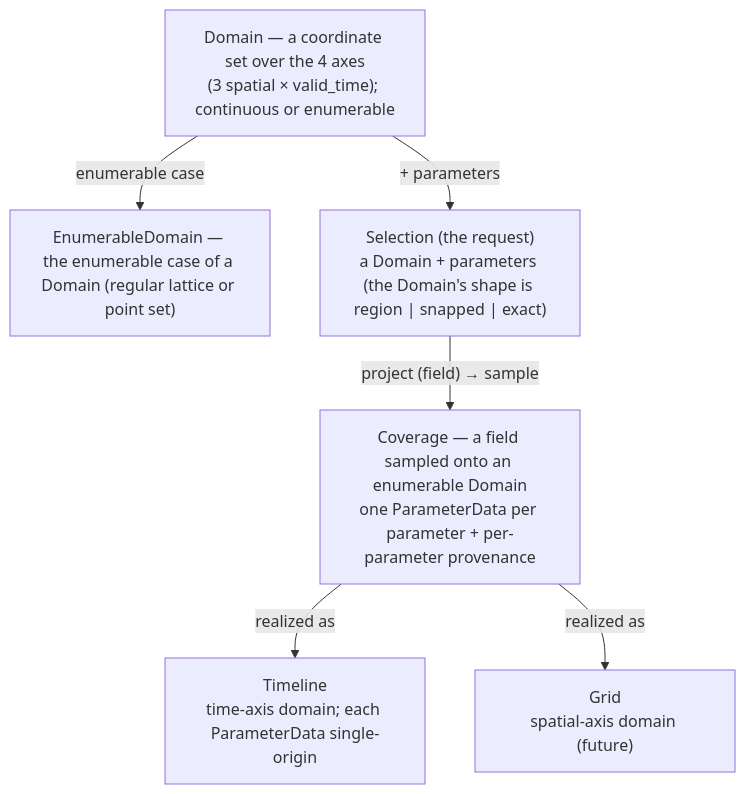
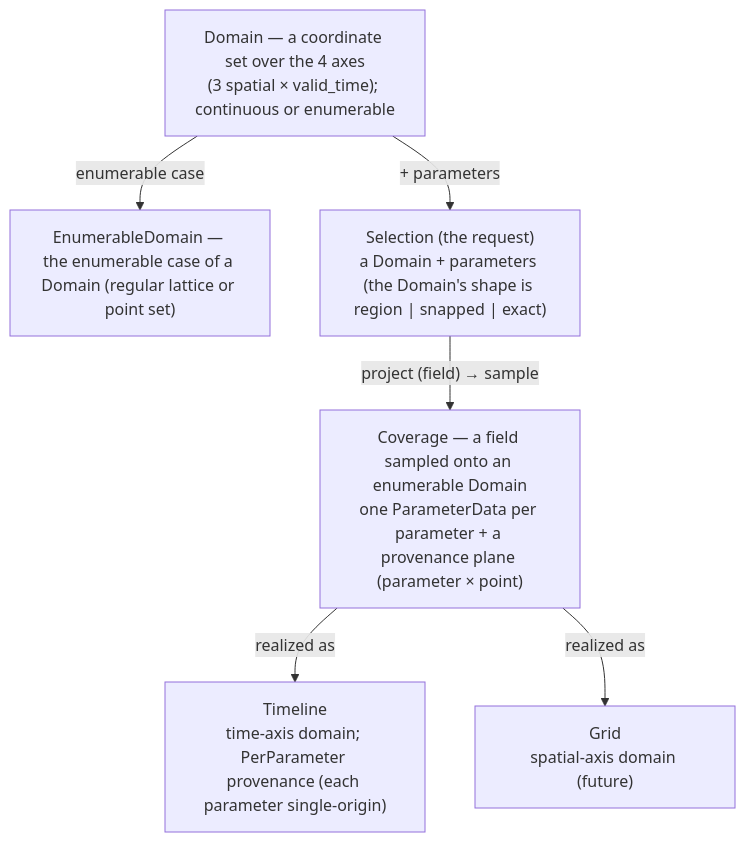
Before and after one commit to dveyarangi/meteoscape: the second of 3 diagrams in docs/architecture.md, drawn with Mermaid. The commit also changed other lines of this file and 34 other files, not shown here.

````diff
--- a/docs/architecture.md
+++ b/docs/architecture.md
@@ -76,15 +76,15 @@
 ```mermaid
 flowchart TB
   DOMAIN["Domain — a coordinate set over the 4 axes<br/>(3 spatial × valid_time); continuous or enumerable"]
   GEOM["EnumerableDomain — the enumerable case of a Domain (regular lattice or point set)"]
   SEL["Selection (the request)<br/>a Domain + parameters (the Domain's shape is region | snapped | exact)"]
-  COV["Coverage — a field sampled onto an enumerable Domain<br/>one ParameterData per parameter + per-parameter provenance"]
-  TL["Timeline<br/>time-axis domain; each ParameterData single-origin"]
+  COV["Coverage — a field sampled onto an enumerable Domain<br/>one ParameterData per parameter + a provenance plane (parameter × point)"]
+  TL["Timeline<br/>time-axis domain; PerParameter provenance (each parameter single-origin)"]
   GRID["Grid<br/>spatial-axis domain (future)"]
 
   DOMAIN -->|enumerable case| GEOM
   DOMAIN -->|+ parameters| SEL
   SEL -->|"project (field) → sample"| COV
   COV -->|realized as| TL
   COV -->|realized as| GRID
 ```
````
